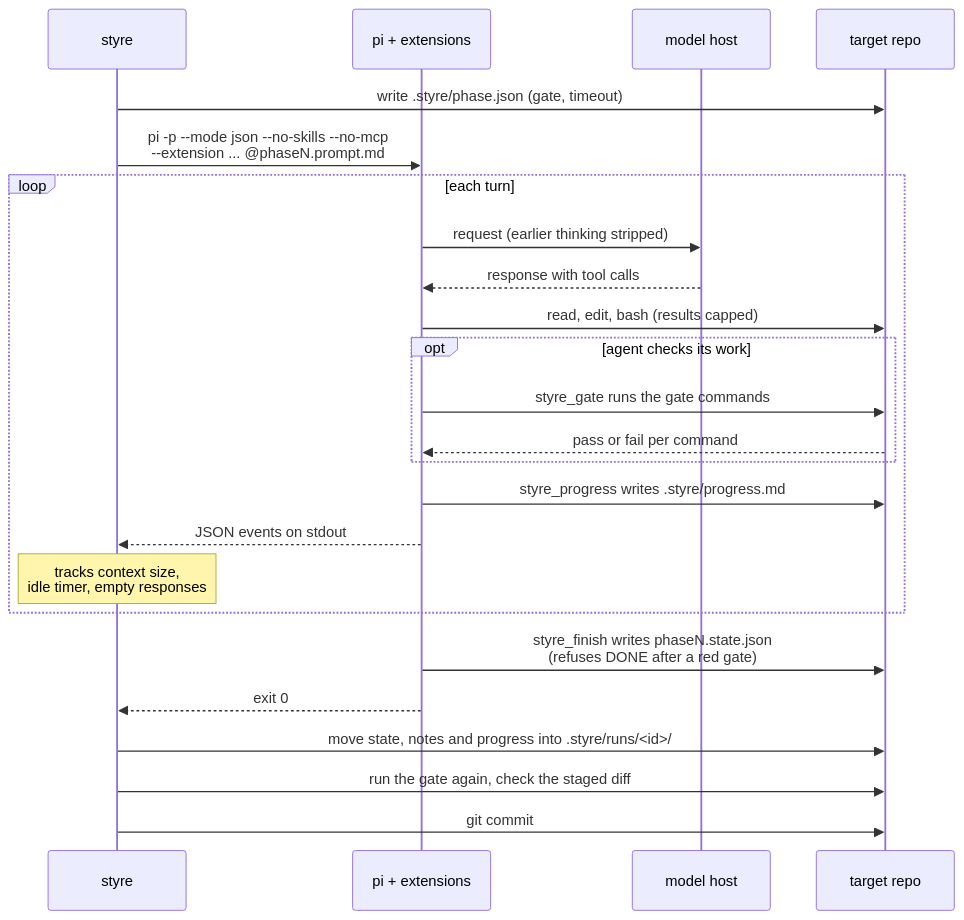
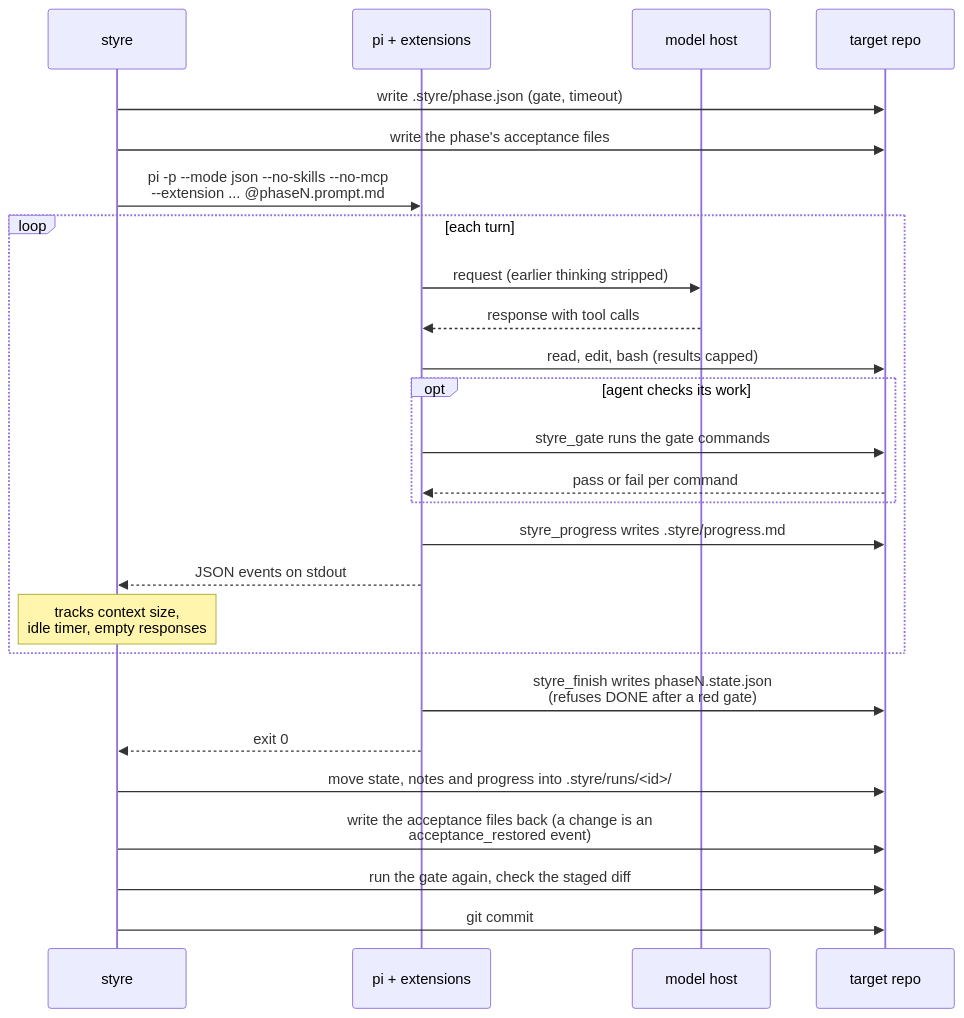
The third of 4 diagrams in docs/architecture.md (woutersm/styre), drawn with Mermaid before and after one commit. The commit also changed other lines of this file and 4 other files, not shown here.

````diff
--- a/docs/architecture.md
+++ b/docs/architecture.md
@@ -94,27 +102,29 @@
 ```mermaid
 sequenceDiagram
     participant S as styre
     participant P as pi + extensions
     participant M as model host
     participant R as target repo
 
     S->>R: write .styre/phase.json (gate, timeout)
+    S->>R: write the phase's acceptance files
     S->>P: pi -p --mode json --no-skills --no-mcp<br/>--extension ... @phaseN.prompt.md
     loop each turn
         P->>M: request (earlier thinking stripped)
         M-->>P: response with tool calls
         P->>R: read, edit, bash (results capped)
         opt agent checks its work
             P->>R: styre_gate runs the gate commands
             R-->>P: pass or fail per command
         end
         P->>R: styre_progress writes .styre/progress.md
         P-->>S: JSON events on stdout
         Note over S: tracks context size,<br/>idle timer, empty responses
     end
     P->>R: styre_finish writes phaseN.state.json<br/>(refuses DONE after a red gate)
     P-->>S: exit 0
     S->>R: move state, notes and progress into .styre/runs/<id>/
+    S->>R: write the acceptance files back (a change is an<br/>acceptance_restored event)
     S->>R: run the gate again, check the staged diff
     S->>R: git commit
 ```
````
